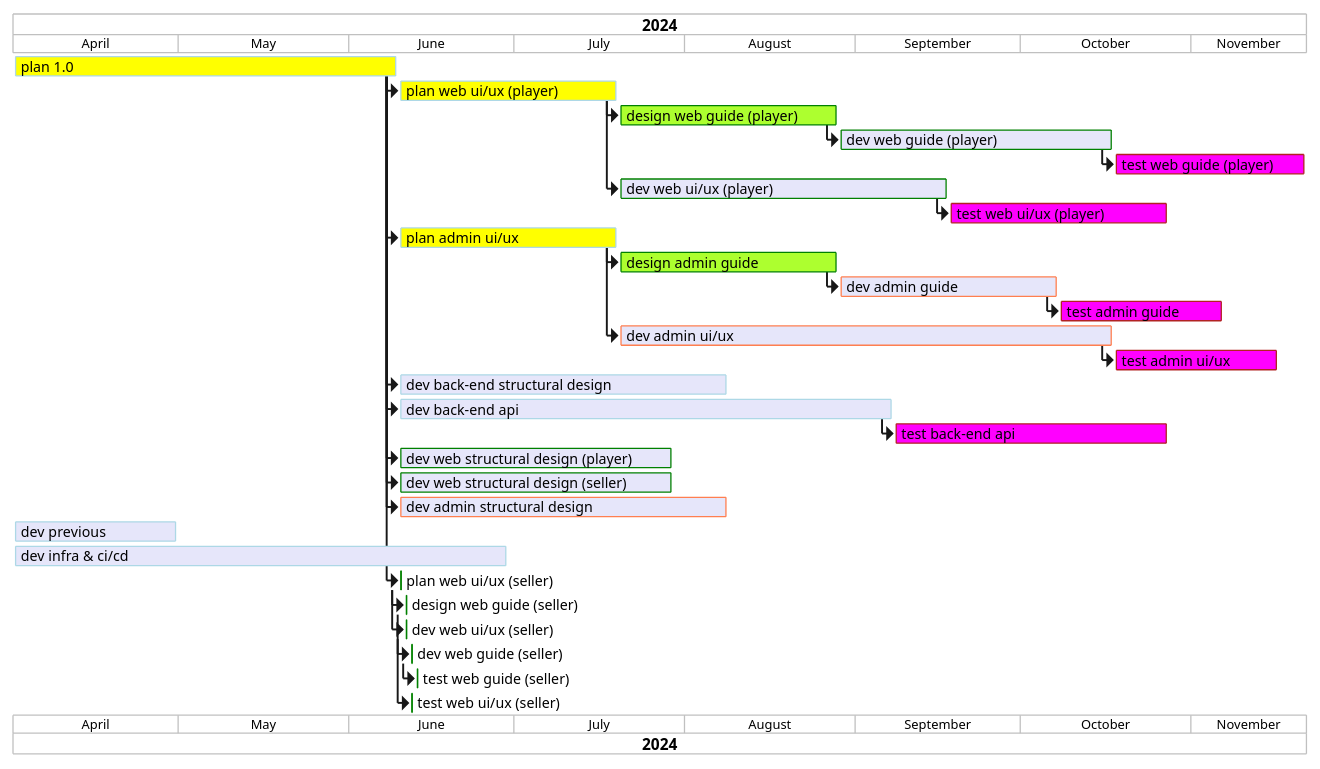
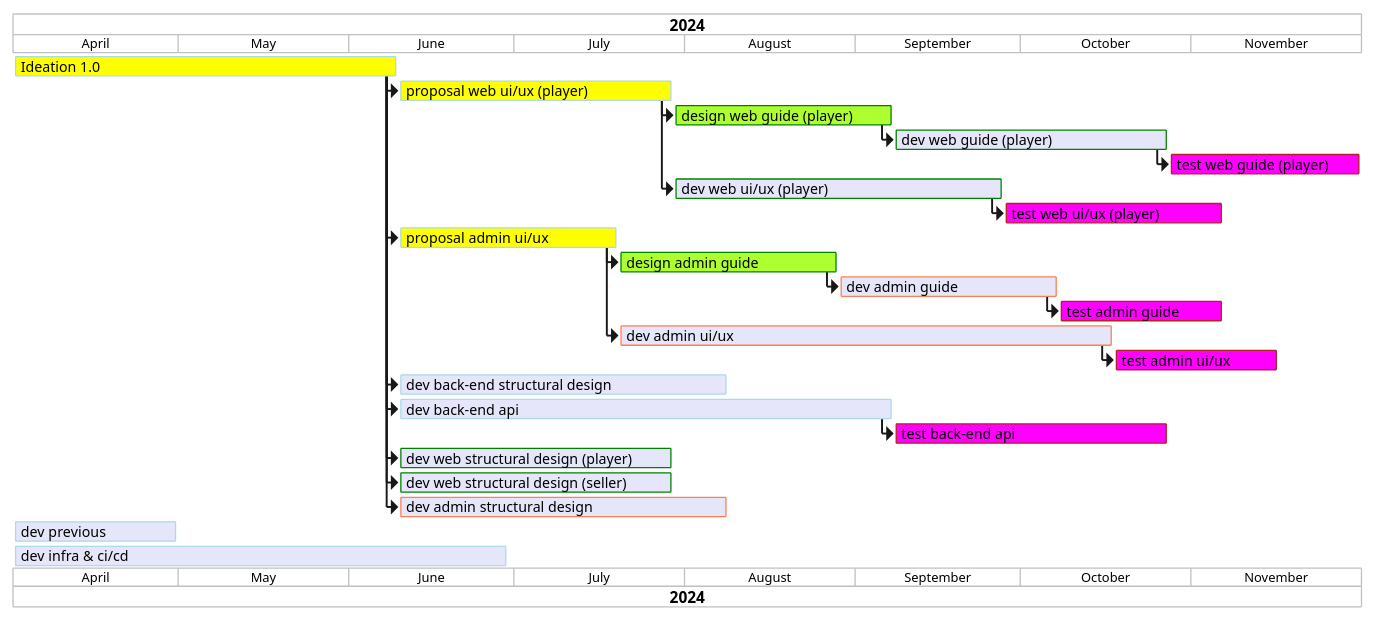
Before and after one commit to aw-birdgang/blockchain-payments: the diagram in puml/gantt/milestone.puml, drawn with PlantUML. The commit also changed 2 other files, not shown here.

```diff
--- a/puml/gantt/milestone.puml
+++ b/puml/gantt/milestone.puml
@@ -1,157 +1,147 @@
 @startgantt
 
 <style>
 ganttDiagram {
   task {
     BackGroundColor GreenYellow
     LineColor Green
     unstated {
       BackGroundColor Fuchsia
       LineColor FireBrick
     }
   }
 }
 </style>
 
 
 projectscale monthly zoom 4
 
 Project starts 2024-04-01
 
+[Ideation 1.0] is colored in Yellow/LightBlue
+[Ideation 1.0] starts 2023-05-01
+[Ideation 1.0] lasts 70 days
 
-[plan 1.0] is colored in Yellow/LightBlue
-[plan 1.0] starts 2023-05-01
-[plan 1.0] lasts 70 days
-
-
-[plan web ui/ux (player)] is colored in Yellow/LightBlue
-[plan web ui/ux (player)] starts 2023-07-16
-[plan web ui/ux (player)] lasts 40 days
+[proposal web ui/ux (player)] is colored in Yellow/LightBlue
+[proposal web ui/ux (player)] starts 2023-07-30
+[proposal web ui/ux (player)] lasts 50 days
 
 [design web guide (player)] is colored in GreenYellow/Green
 [design web guide (player)] starts 2023-08-7
 [design web guide (player)] lasts 40 days
 
 [dev web guide (player)] is colored in Lavender/Green
 [dev web guide (player)] starts 2023-09-01
 [dev web guide (player)] lasts 50 days
 
 [test web guide (player)] is colored in Fuchsia/FireBrick
 [test web guide (player)] starts 2023-09-30
 [test web guide (player)] lasts 35 days
 
 [dev web ui/ux (player)] is colored in Lavender/Green
 [dev web ui/ux (player)] starts 2023-08-12
 [dev web ui/ux (player)] lasts 60 days
 
 [test web ui/ux (player)] is colored in Fuchsia/FireBrick
 [test web ui/ux (player)] starts 2023-09-12
 [test web ui/ux (player)] lasts 40 days
 
 
 
 
-[plan admin ui/ux] is colored in Yellow/LightBlue
-[plan admin ui/ux] starts 2023-07-20
-[plan admin ui/ux] lasts 40 days
+[proposal admin ui/ux] is colored in Yellow/LightBlue
+[proposal admin ui/ux] starts 2023-07-20
+[proposal admin ui/ux] lasts 40 days
 
 [design admin guide] is colored in GreenYellow/Green
 [design admin guide] starts 2023-08-12
 [design admin guide] lasts 40 days
 
 [dev admin guide] is colored in Lavender/Coral
 [dev admin guide] starts 2023-09-01
 [dev admin guide] lasts 40 days
 
 [test admin guide] is colored in Fuchsia/FireBrick
 [test admin guide] starts 2023-09-30
 [test admin guide] lasts 30 days
 
 [dev admin ui/ux] is colored in Lavender/Coral
 [dev admin ui/ux] starts 2023-08-12
 [dev admin ui/ux] lasts 90 days
 
 [test admin ui/ux] is colored in Fuchsia/FireBrick
 [test admin ui/ux] starts 2023-09-12
 [test admin ui/ux] lasts 30 days
 
 
 
 
 [dev back-end structural design] is colored in Lavender/LightBlue
 [dev back-end structural design] starts 2023-06-12
 [dev back-end structural design] lasts 60 days
 
 
 [dev back-end api] is colored in Lavender/LightBlue
 [dev back-end api] starts 2023-06-12
 [dev back-end api] lasts 90 days
 
 [test back-end api] is colored in Fuchsia/FireBrick
 [test back-end api] starts 2023-08-12
 [test back-end api] lasts 50 days
 
 
 [dev web structural design (player)] is colored in Lavender/Green
 [dev web structural design (player)] starts 2023-06-12
 [dev web structural design (player)] lasts 50 days
 
 
 [dev web structural design (seller)] is colored in Lavender/Green
 [dev web structural design (seller)] starts 2023-06-12
 [dev web structural design (seller)] lasts 50 days
 
 
 [dev admin structural design] is colored in Lavender/Coral
 [dev admin structural design] starts 2023-06-12
 [dev admin structural design] lasts 60 days
 
 
 [dev previous] is colored in Lavender/LightBlue
 [dev previous] starts 2023-06-12
 [dev previous] lasts 30 days
 
 [dev infra & ci/cd] is colored in Lavender/LightBlue
 [dev infra & ci/cd] starts 2023-06-20
 [dev infra & ci/cd] lasts 90 days
 
 
 
 
-[plan 1.0] -> [plan web ui/ux (player)]
-[plan web ui/ux (player)] -> [design web guide (player)]
-[plan web ui/ux (player)] -> [dev web ui/ux (player)]
+[Ideation 1.0] -> [proposal web ui/ux (player)]
+[proposal web ui/ux (player)] -> [design web guide (player)]
+[proposal web ui/ux (player)] -> [dev web ui/ux (player)]
 [design web guide (player)] -> [dev web guide (player)]
 [dev web guide (player)] -> [test web guide (player)]
 [dev web ui/ux (player)] -> [test web ui/ux (player)]
 
 
-[plan 1.0] -> [plan web ui/ux (seller)]
-[plan web ui/ux (seller)] -> [design web guide (seller)]
-[plan web ui/ux (seller)]  -> [dev web ui/ux (seller)]
-[design web guide (seller)] -> [dev web guide (seller)]
-[dev web guide (seller)] -> [test web guide (seller)]
-[dev web ui/ux (seller)] -> [test web ui/ux (seller)]
-
-
-[plan 1.0] -> [plan admin ui/ux]
-[plan admin ui/ux]  -> [design admin guide]
-[plan admin ui/ux] -> [dev admin ui/ux]
+[Ideation 1.0] -> [proposal admin ui/ux]
+[proposal admin ui/ux]  -> [design admin guide]
+[proposal admin ui/ux] -> [dev admin ui/ux]
 [design admin guide] -> [dev admin guide]
 [dev admin ui/ux] -> [test admin ui/ux]
 [dev admin guide] -> [test admin guide]
 
 
-[plan 1.0] -> [dev back-end structural design]
-[plan 1.0] -> [dev back-end api]
+[Ideation 1.0] -> [dev back-end structural design]
+[Ideation 1.0] -> [dev back-end api]
 [dev back-end api] -> [test back-end api]
 
 
 
-[plan 1.0] -> [dev web structural design (player)]
-[plan 1.0] -> [dev web structural design (seller)]
-[plan 1.0] -> [dev admin structural design]
+[Ideation 1.0] -> [dev web structural design (player)]
+[Ideation 1.0] -> [dev web structural design (seller)]
+[Ideation 1.0] -> [dev admin structural design]
 
 2023-05-01 to 2024-02-28 are named [End's committee]
 
 @endgantt
```
